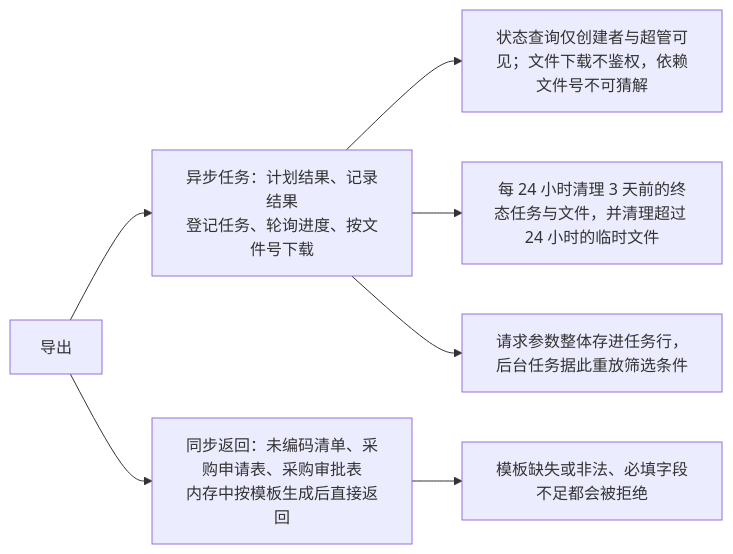
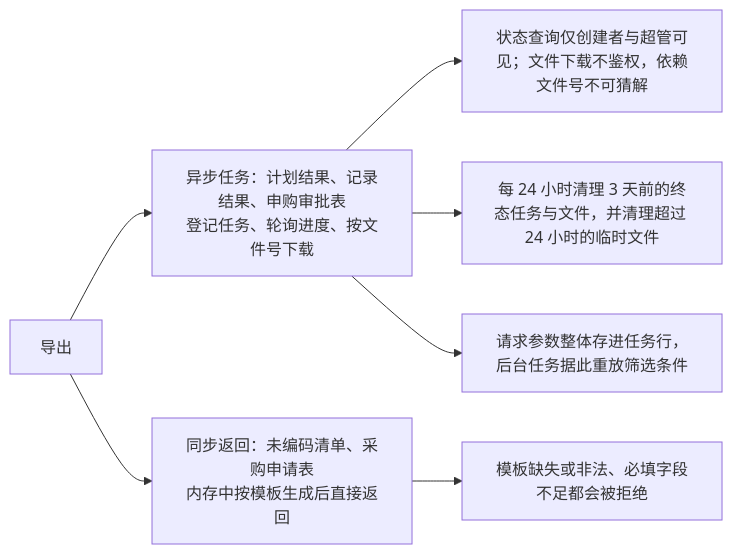
One commit to Sakana-1314/Electrical-Manager changed diagram 18 of 31 in docs/websites/pages/dev-flows.md. Above: the diagram before and after it, drawn with Mermaid. The commit also changed other lines of this file and 7 other files, not shown here.

````diff
--- a/docs/websites/pages/dev-flows.md
+++ b/docs/websites/pages/dev-flows.md
@@ -290,9 +290,9 @@
 ```mermaid
 flowchart LR
-    A["导出"] --> B["异步任务：计划结果、记录结果<br/>登记任务、轮询进度、按文件号下载"]
-    A --> C["同步返回：未编码清单、采购申请表、采购审批表<br/>内存中按模板生成后直接返回"]
+    A["导出"] --> B["异步任务：计划结果、记录结果、申购审批表<br/>登记任务、轮询进度、按文件号下载"]
+    A --> C["同步返回：未编码清单、采购申请表<br/>内存中按模板生成后直接返回"]
     C --> D["模板缺失或非法、必填字段不足都会被拒绝"]
     B --> E["状态查询仅创建者与超管可见；文件下载不鉴权，依赖文件号不可猜解"]
     B --> F["每 24 小时清理 3 天前的终态任务与文件，并清理超过 24 小时的临时文件"]
     B --> G["请求参数整体存进任务行，后台任务据此重放筛选条件"]
 ```
````
